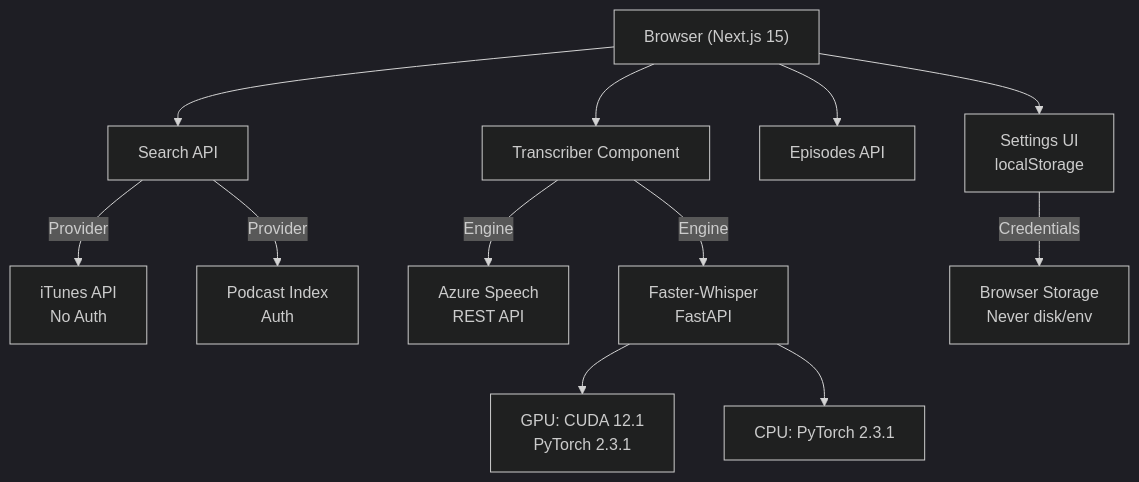
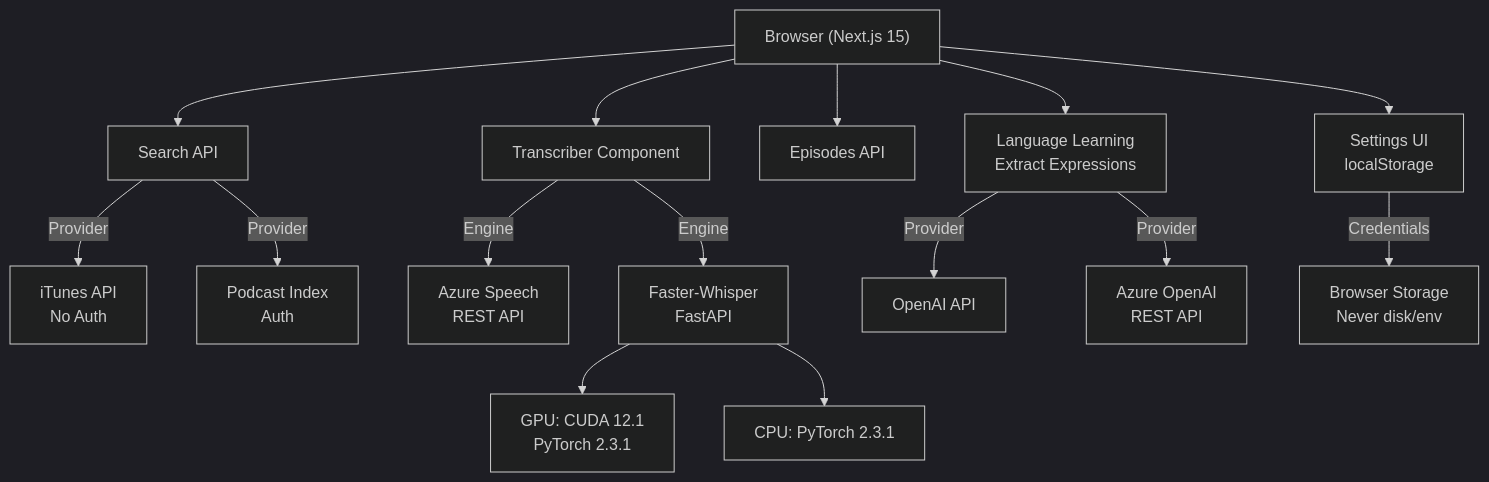
The first of 2 diagrams in AGENTS.md (kimtth/podcast-realtime-transcription), drawn with Mermaid (dark theme) before and after one commit. The commit also changed other lines of this file and 10 other files, not shown here.

````diff
--- a/AGENTS.md
+++ b/AGENTS.md
@@ -5,24 +5,29 @@
 ```mermaid
 graph TB
   Browser["Browser (Next.js 15)"]
   Settings["Settings UI<br/>localStorage"]
   Search["Search API"]
   Episodes["Episodes API"]
   Transcriber["Transcriber Component"]
+  Learning["Language Learning<br/>Extract Expressions"]
   
   Browser --> Settings
   Browser --> Search
   Browser --> Episodes
   Browser --> Transcriber
+  Browser --> Learning
   
   Search -->|Provider| iTunes["iTunes API<br/>No Auth"]
   Search -->|Provider| PodIndex["Podcast Index<br/>Auth"]
   
   Transcriber -->|Engine| AzureSpeech["Azure Speech<br/>REST API"]
   Transcriber -->|Engine| FastWS["Faster-Whisper<br/>FastAPI"]
   
+  Learning -->|Provider| OpenAI["OpenAI API"]
+  Learning -->|Provider| AzureOpenAI["Azure OpenAI<br/>REST API"]
+  
   FastWS --> GPU["GPU: CUDA 12.1<br/>PyTorch 2.3.1"]
   FastWS --> CPU["CPU: PyTorch 2.3.1"]
   
   Settings -->|Credentials| Store["Browser Storage<br/>Never disk/env"]
 ```
````
